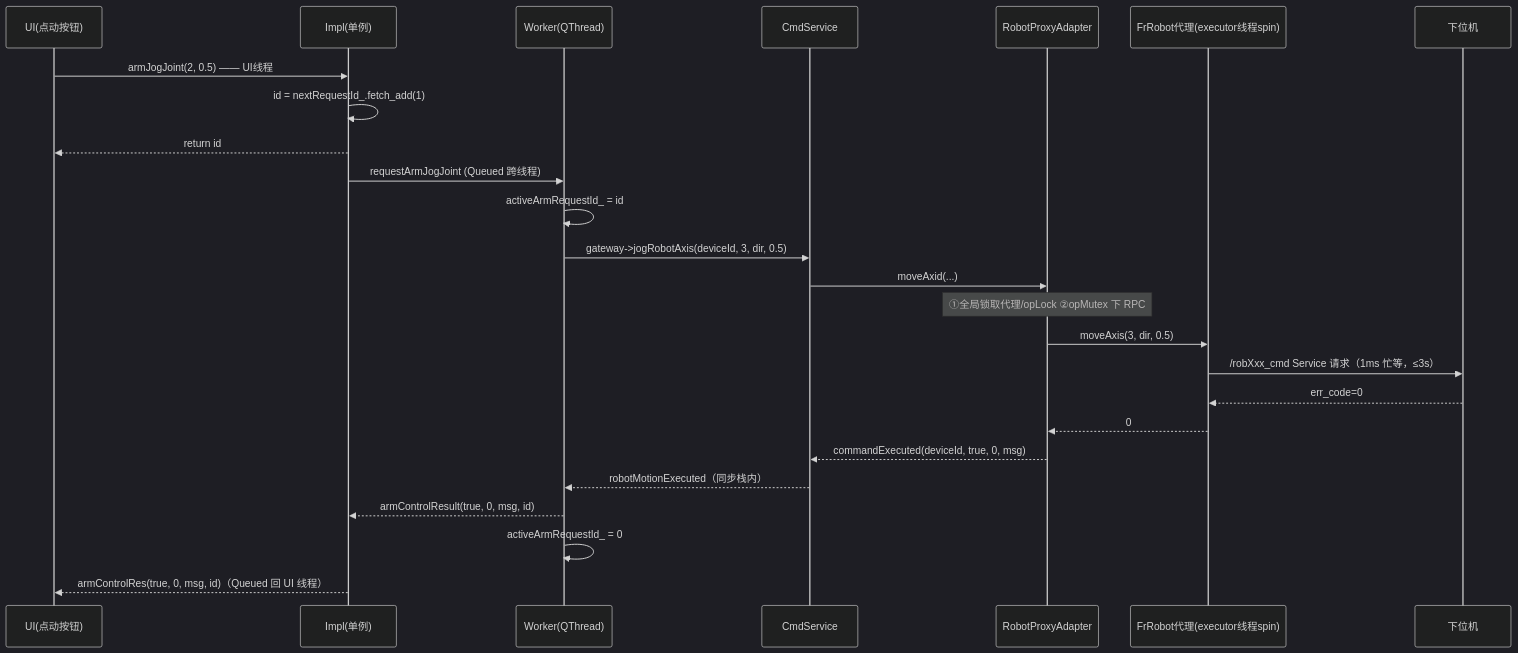
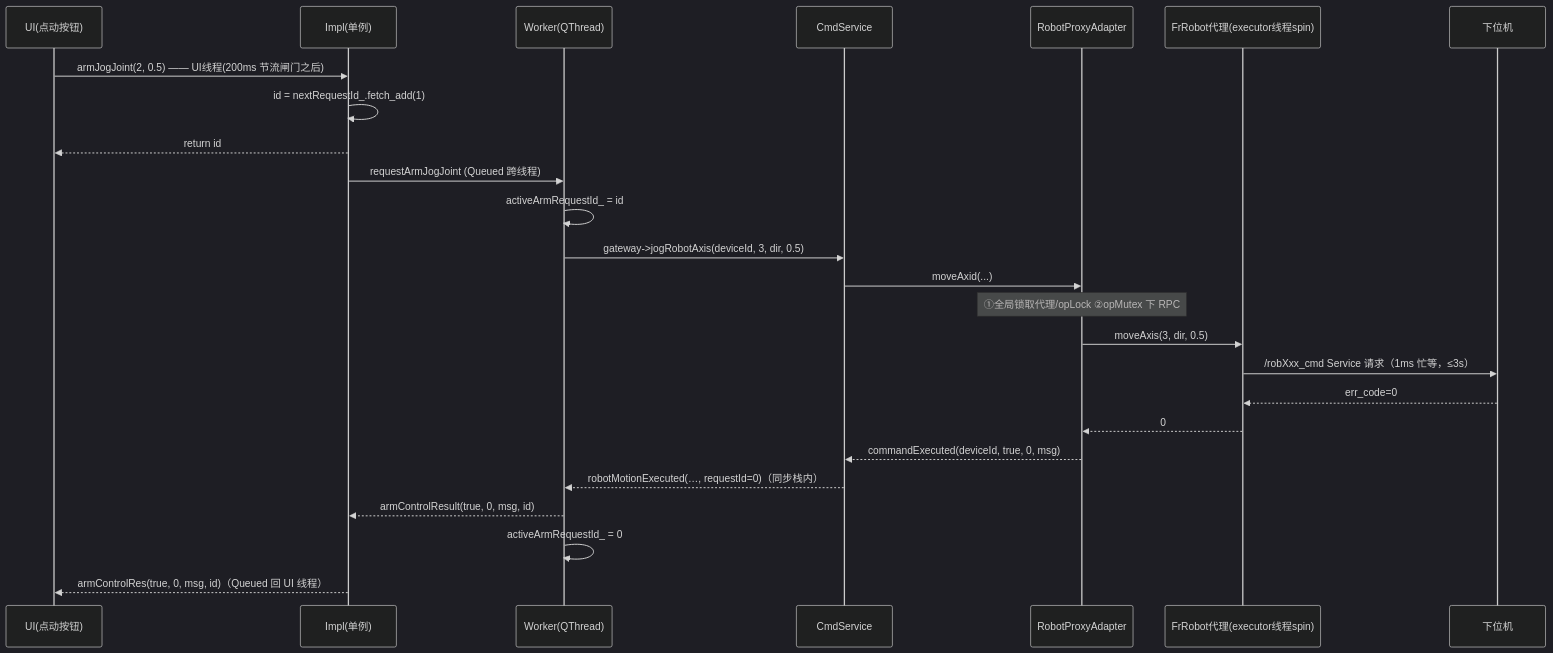
One commit to 495229520/obsidian_notes changed the fourth of 4 diagrams in 10.研一上学期/复合机器人汇总/MFMS数据中台技术文档-架构线程与代理层.md. Above: the diagram before and after it, drawn with Mermaid (dark theme). The commit also changed other lines of this file and 10 other files, not shown here.

Commit message:
Update memory and MFMS architecture notes

````diff
--- a/10.研一上学期/复合机器人汇总/MFMS数据中台技术文档-架构线程与代理层.md
+++ b/10.研一上学期/复合机器人汇总/MFMS数据中台技术文档-架构线程与代理层.md
@@ -355,28 +406,28 @@
 ```mermaid
 sequenceDiagram
     participant UI as UI(点动按钮)
     participant I as Impl(单例)
     participant W as Worker(QThread)
     participant CS as CmdService
     participant RA as RobotProxyAdapter
     participant FR as FrRobot代理(executor线程spin)
     participant LM as 下位机
 
-    UI->>I: armJogJoint(2, 0.5) —— UI线程
+    UI->>I: armJogJoint(2, 0.5) —— UI线程(200ms 节流闸门之后)
     I->>I: id = nextRequestId_.fetch_add(1)
     I-->>UI: return id
     I->>W: requestArmJogJoint (Queued 跨线程)
     W->>W: activeArmRequestId_ = id
     W->>CS: gateway->jogRobotAxis(deviceId, 3, dir, 0.5)
     CS->>RA: moveAxid(...)
     Note over RA: ①全局锁取代理/opLock ②opMutex 下 RPC
     RA->>FR: moveAxis(3, dir, 0.5)
     FR->>LM: /robXxx_cmd Service 请求（1ms 忙等，≤3s）
     LM-->>FR: err_code=0
     FR-->>RA: 0
     RA-->>CS: commandExecuted(deviceId, true, 0, msg)
-    CS-->>W: robotMotionExecuted（同步栈内）
+    CS-->>W: robotMotionExecuted(…, requestId=0)（同步栈内）
     W-->>I: armControlResult(true, 0, msg, id)
     W->>W: activeArmRequestId_ = 0
     I-->>UI: armControlRes(true, 0, msg, id)（Queued 回 UI 线程）
 ```
````
